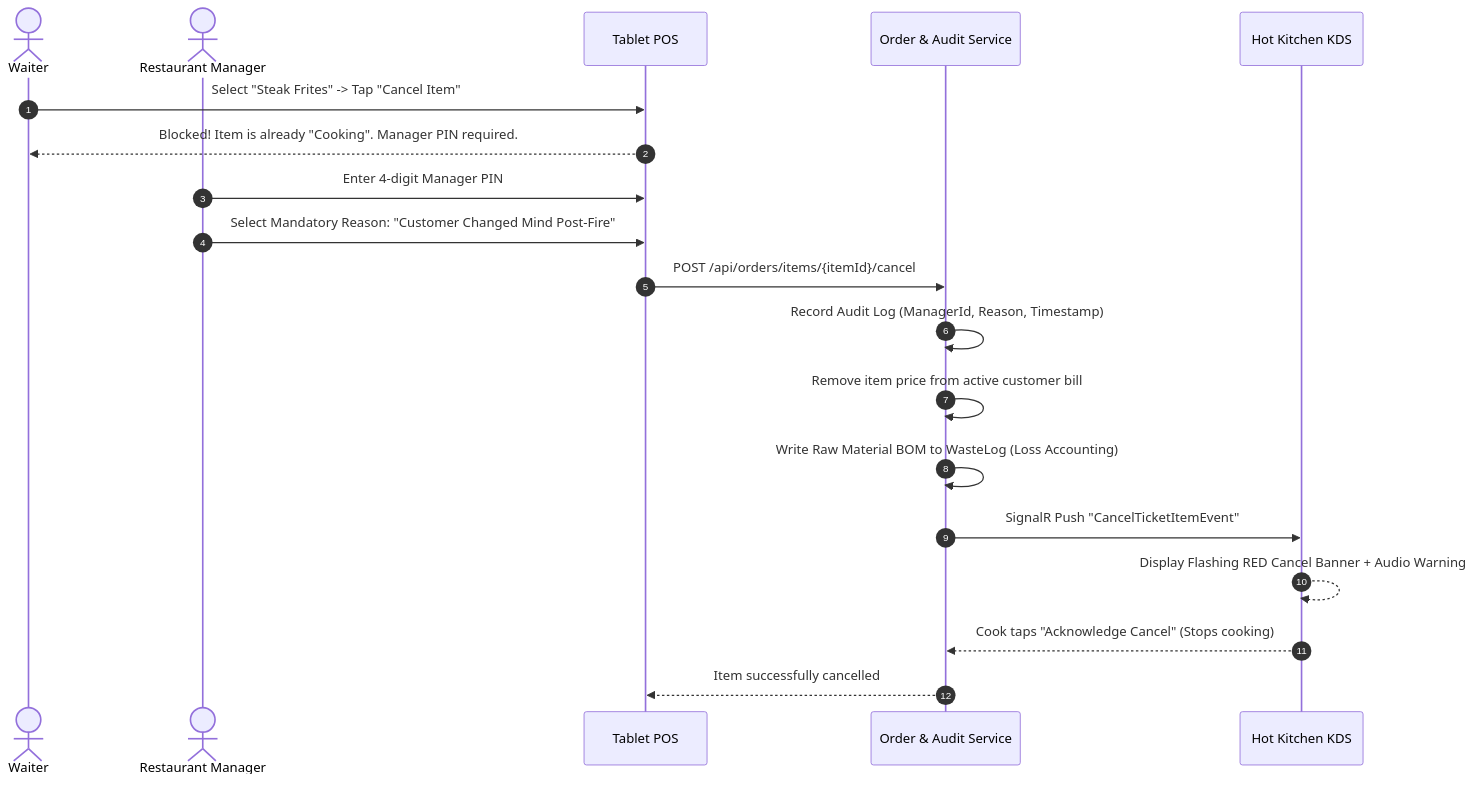
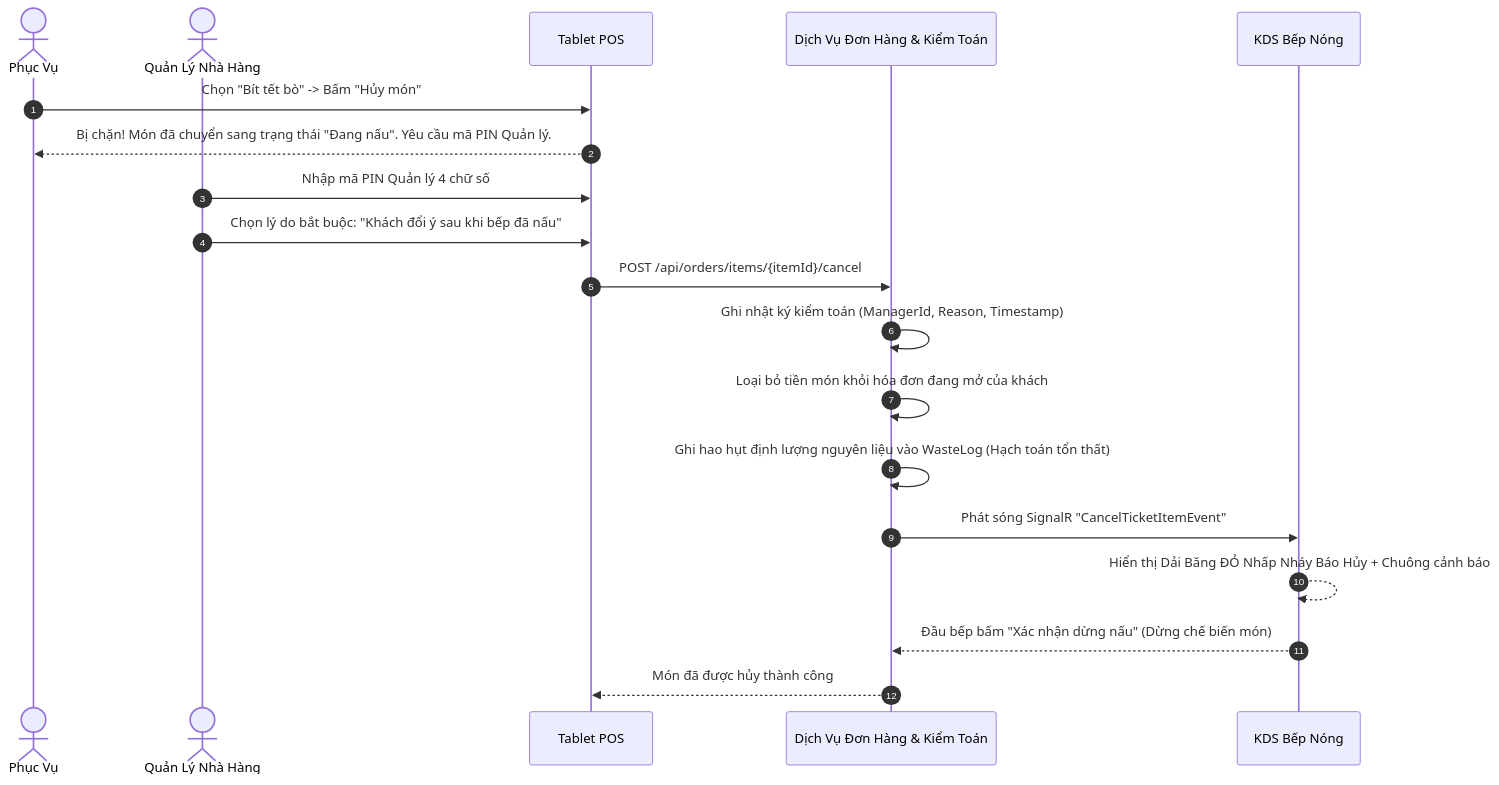
The third of 3 diagrams in docs/product/workflows/ORDER-WORKFLOW.md (dieudoanhut2002/SmartRestaurant), drawn with Mermaid before and after one commit. The commit also changed other lines of this file and 40 other files, not shown here.

````diff
--- a/docs/product/workflows/ORDER-WORKFLOW.md
+++ b/docs/product/workflows/ORDER-WORKFLOW.md
@@ -77,22 +78,22 @@
 ```mermaid
 sequenceDiagram
     autonumber
-    actor Waiter as Waiter
-    actor Mgr as Restaurant Manager
+    actor Waiter as Phục Vụ
+    actor Mgr as Quản Lý Nhà Hàng
     participant POS as Tablet POS
-    participant API as Order & Audit Service
-    participant KDS as Hot Kitchen KDS
+    participant API as Dịch Vụ Đơn Hàng & Kiểm Toán
+    participant KDS as KDS Bếp Nóng
 
-    Waiter->>POS: Select "Steak Frites" -> Tap "Cancel Item"
-    POS-->>Waiter: Blocked! Item is already "Cooking". Manager PIN required.
-    Mgr->>POS: Enter 4-digit Manager PIN
-    Mgr->>POS: Select Mandatory Reason: "Customer Changed Mind Post-Fire"
+    Waiter->>POS: Chọn "Bít tết bò" -> Bấm "Hủy món"
+    POS-->>Waiter: Bị chặn! Món đã chuyển sang trạng thái "Đang nấu". Yêu cầu mã PIN Quản lý.
+    Mgr->>POS: Nhập mã PIN Quản lý 4 chữ số
+    Mgr->>POS: Chọn lý do bắt buộc: "Khách đổi ý sau khi bếp đã nấu"
     POS->>API: POST /api/orders/items/{itemId}/cancel
-    API->>API: Record Audit Log (ManagerId, Reason, Timestamp)
-    API->>API: Remove item price from active customer bill
-    API->>API: Write Raw Material BOM to WasteLog (Loss Accounting)
-    API->>KDS: SignalR Push "CancelTicketItemEvent"
-    KDS-->>KDS: Display Flashing RED Cancel Banner + Audio Warning
-    KDS-->>API: Cook taps "Acknowledge Cancel" (Stops cooking)
-    API-->>POS: Item successfully cancelled
+    API->>API: Ghi nhật ký kiểm toán (ManagerId, Reason, Timestamp)
+    API->>API: Loại bỏ tiền món khỏi hóa đơn đang mở của khách
+    API->>API: Ghi hao hụt định lượng nguyên liệu vào WasteLog (Hạch toán tổn thất)
+    API->>KDS: Phát sóng SignalR "CancelTicketItemEvent"
+    KDS-->>KDS: Hiển thị Dải Băng ĐỎ Nhấp Nháy Báo Hủy + Chuông cảnh báo
+    KDS-->>API: Đầu bếp bấm "Xác nhận dừng nấu" (Dừng chế biến món)
+    API-->>POS: Món đã được hủy thành công
 ```
````
